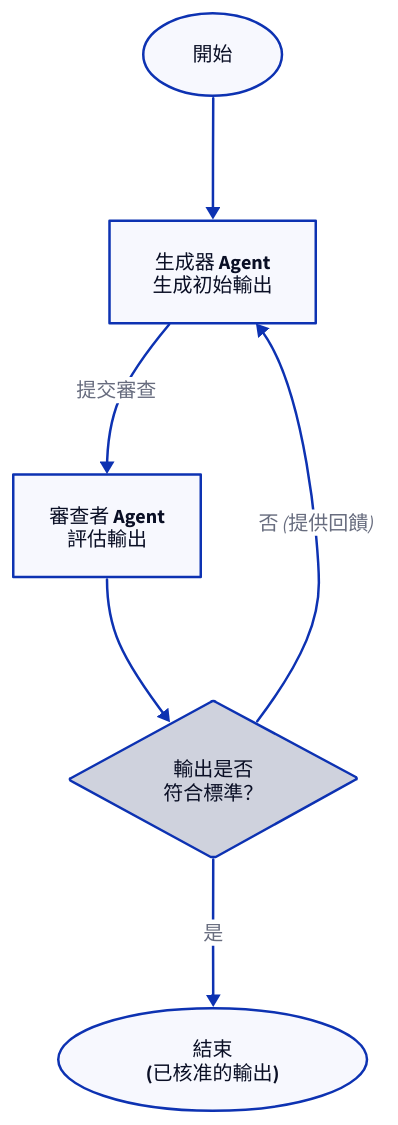
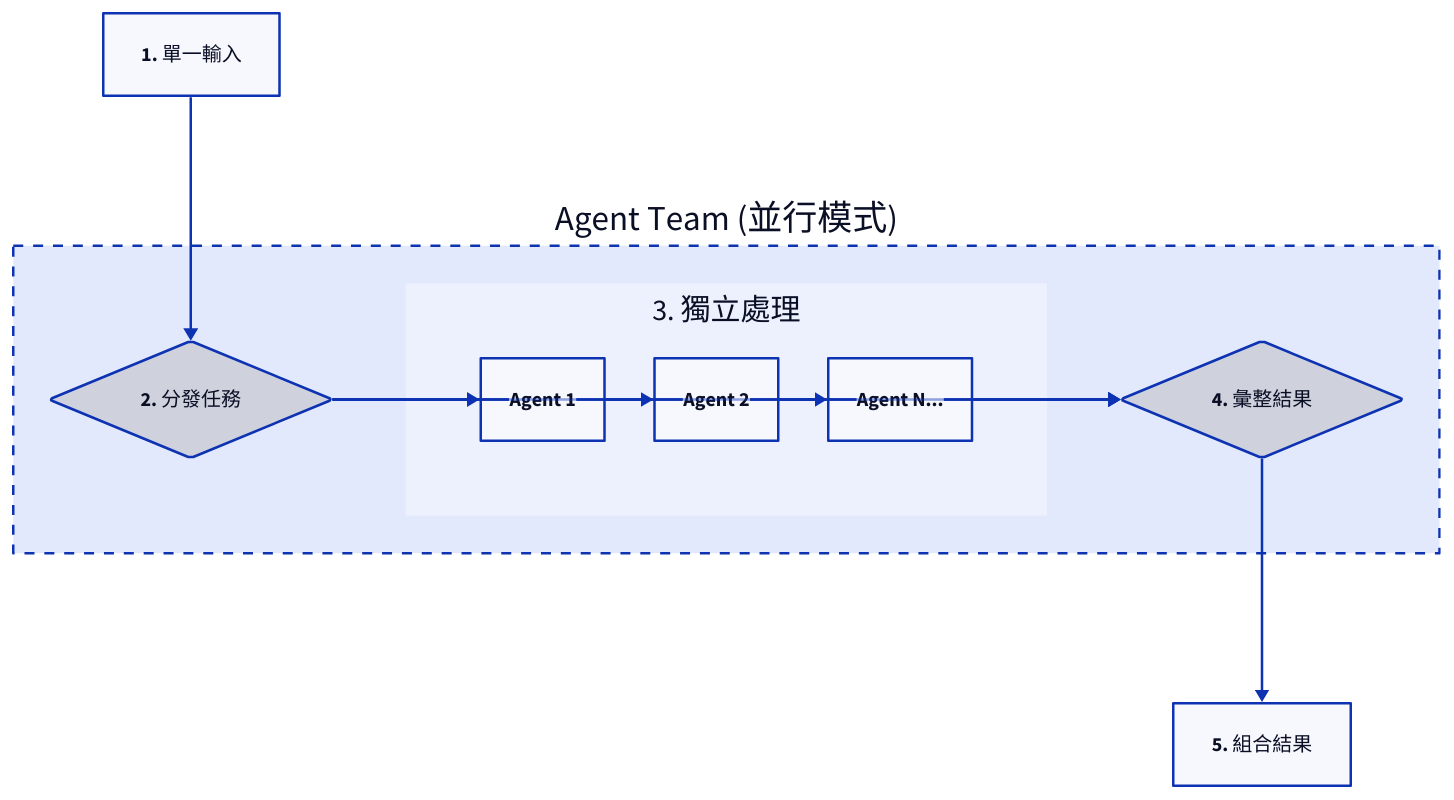
Before and after one commit to AIGNE-io/aigne-framework: the diagram in .aigne/doc-smith/docs/user-guide-common-workflows-parallel-tasks.zh-TW.md, drawn with D2. The commit also changed other lines of this file and 191 other files, not shown here.

````diff
--- a/.aigne/doc-smith/docs/user-guide-common-workflows-parallel-tasks.zh-TW.md
+++ b/.aigne/doc-smith/docs/user-guide-common-workflows-parallel-tasks.zh-TW.md
@@ -27,34 +20,57 @@
 ```d2
 direction: down
 
-start: { 
-  label: "開始"
-  shape: oval 
-}
-
-generator: {
-  label: "生成器 Agent\n生成初始輸出"
+Input: {
+  label: "1. 單一輸入"
   shape: rectangle
 }
 
-reviewer: {
-  label: "審查者 Agent\n評估輸出"
+Agent-Team: {
+  label: "Agent Team (並行模式)"
+  style.stroke-dash: 4
+
+  Distribution: {
+    label: "2. 分發任務"
+    shape: diamond
+  }
+
+  Agents: {
+    label: "3. 獨立處理"
+    style.stroke-width: 0
+    grid-columns: 3
+
+    Agent-1: { 
+      label: "Agent 1"
+      shape: rectangle 
+    }
+    Agent-2: { 
+      label: "Agent 2"
+      shape: rectangle 
+    }
+    Agent-N: {
+      label: "Agent N..."
+      shape: rectangle
+    }
+  }
+
+  Aggregation: {
+    label: "4. 彙整結果"
+    shape: diamond
+  }
+}
+
+Output: {
+  label: "5. 組合結果"
   shape: rectangle
 }
 
-decision: {
-  label: "輸出是否\n符合標準？"
-  shape: diamond
-}
+Input -> Agent-Team.Distribution
+Agent-Team.Distribution -> Agent-Team.Agents.Agent-1
+Agent-Team.Distribution -> Agent-Team.Agents.Agent-2
+Agent-Team.Distribution -> Agent-Team.Agents.Agent-N
+Agent-Team.Agents.Agent-1 -> Agent-Team.Aggregation
+Agent-Team.Agents.Agent-2 -> Agent-Team.Aggregation
+Agent-Team.Agents.Agent-N -> Agent-Team.Aggregation
+Agent-Team.Aggregation -> Output
 
-end: {
-  label: "結束\n(已核准的輸出)"
-  shape: oval
-}
-
-start -> generator
-generator -> reviewer: "提交審查"
-reviewer -> decision
-decision -> end: "是"
-decision -> generator: "否 (提供回饋)"
 ```
````
